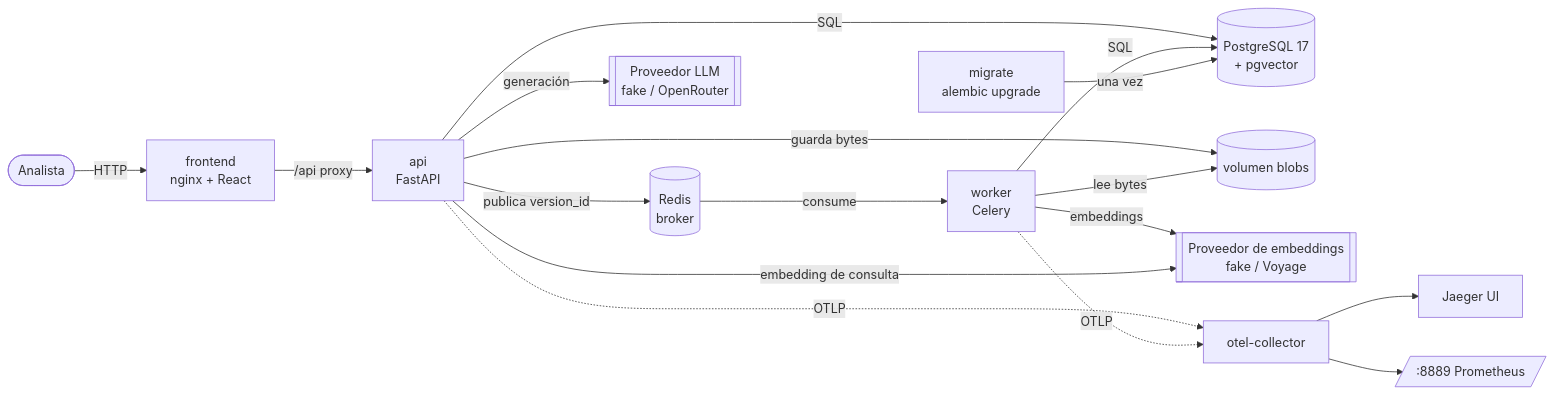
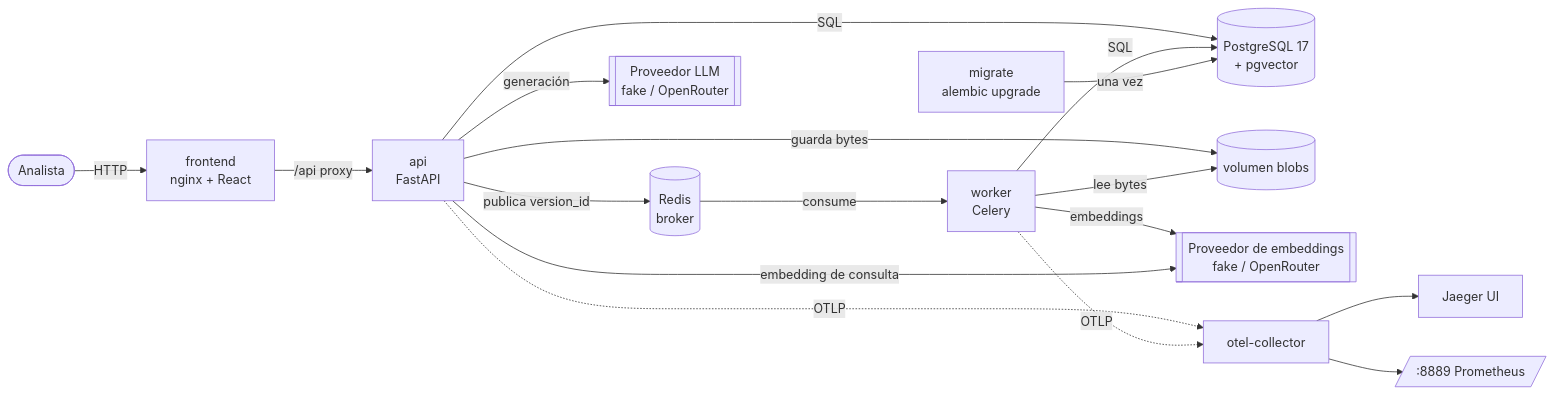
Before and after one commit to alayoalex/NorteLegalRAG: the first of 6 diagrams in docs/architecture.md, drawn with Mermaid. The commit also changed other lines of this file and 44 other files, not shown here.

First line of the commit message:
M5: dataset, evaluación y embeddings por OpenRouter

````diff
--- a/docs/architecture.md
+++ b/docs/architecture.md
@@ -7,19 +7,19 @@
 ```mermaid
 flowchart LR
     user([Analista]) -->|HTTP| fe[frontend<br/>nginx + React]
     fe -->|/api proxy| api[api<br/>FastAPI]
     api -->|SQL| pg[(PostgreSQL 17<br/>+ pgvector)]
     api -->|publica version_id| redis[(Redis<br/>broker)]
     api -->|guarda bytes| blobs[(volumen blobs)]
     redis -->|consume| worker[worker<br/>Celery]
     worker -->|lee bytes| blobs
     worker -->|SQL| pg
-    worker -->|embeddings| emb[[Proveedor de embeddings<br/>fake / Voyage]]
+    worker -->|embeddings| emb[[Proveedor de embeddings<br/>fake / OpenRouter]]
     api -->|embedding de consulta| emb
     api -->|generación| llm[[Proveedor LLM<br/>fake / OpenRouter]]
     api -. OTLP .-> otel[otel-collector]
     worker -. OTLP .-> otel
     otel --> jaeger[Jaeger UI]
     otel --> prom[/:8889 Prometheus/]
     migrate[migrate<br/>alembic upgrade] -->|una vez| pg
 ```
````
